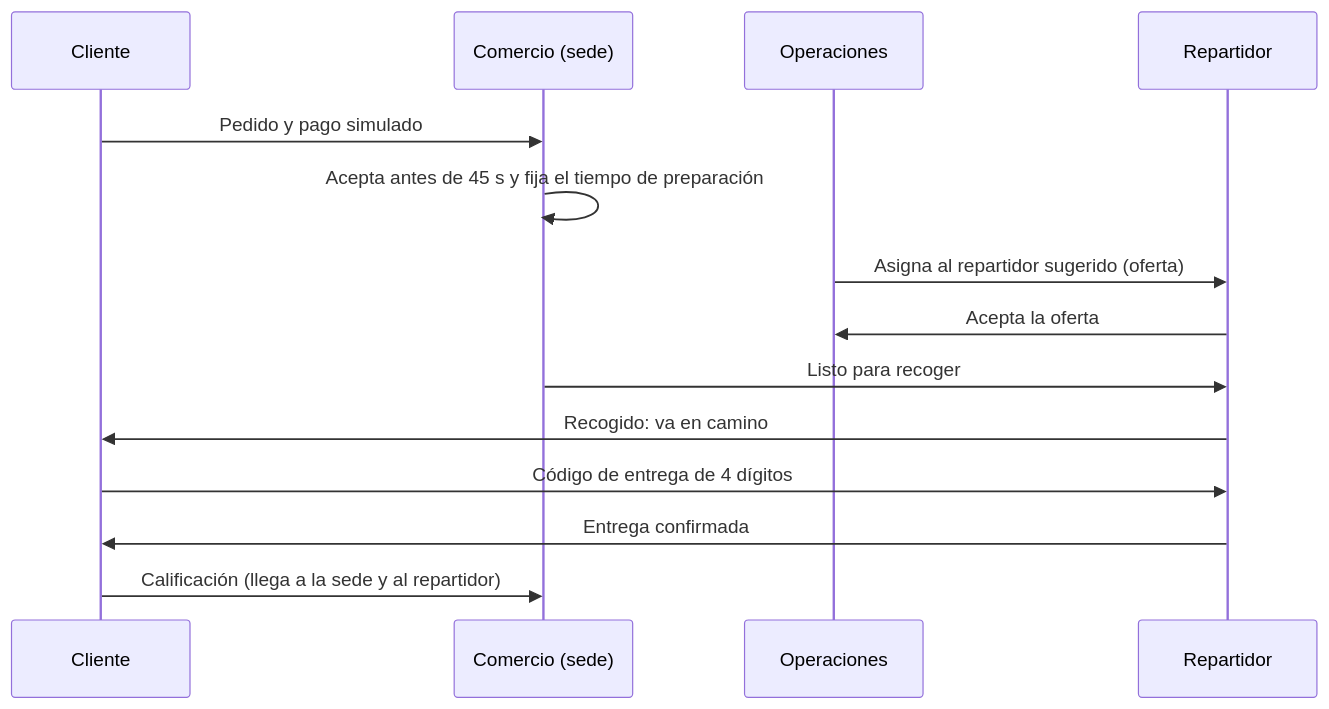
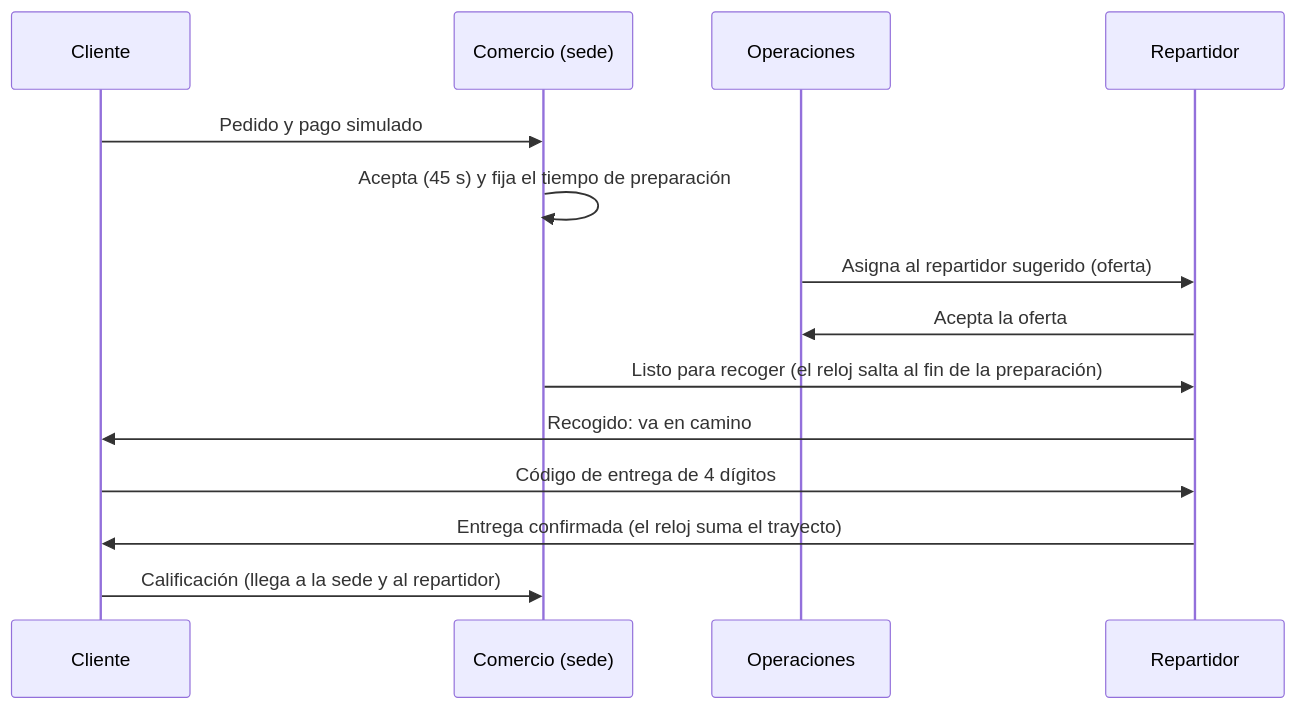
Before and after one commit to ronalc90/koptup: the first of 3 diagrams in docs/wiki/Guia-Demo-delivery.md, drawn with Mermaid. The commit also changed other lines of this file and 34 other files, not shown here.

````diff
--- a/docs/wiki/Guia-Demo-delivery.md
+++ b/docs/wiki/Guia-Demo-delivery.md
@@ -25,16 +36,16 @@
 ```mermaid
 sequenceDiagram
     participant C as Cliente
     participant S as Comercio (sede)
     participant O as Operaciones
     participant R as Repartidor
     C->>S: Pedido y pago simulado
-    S->>S: Acepta antes de 45 s y fija el tiempo de preparación
+    S->>S: Acepta (45 s) y fija el tiempo de preparación
     O->>R: Asigna al repartidor sugerido (oferta)
     R->>O: Acepta la oferta
-    S->>R: Listo para recoger
+    S->>R: Listo para recoger (el reloj salta al fin de la preparación)
     R->>C: Recogido: va en camino
     C->>R: Código de entrega de 4 dígitos
-    R->>C: Entrega confirmada
+    R->>C: Entrega confirmada (el reloj suma el trayecto)
     C->>S: Calificación (llega a la sede y al repartidor)
 ```
````
